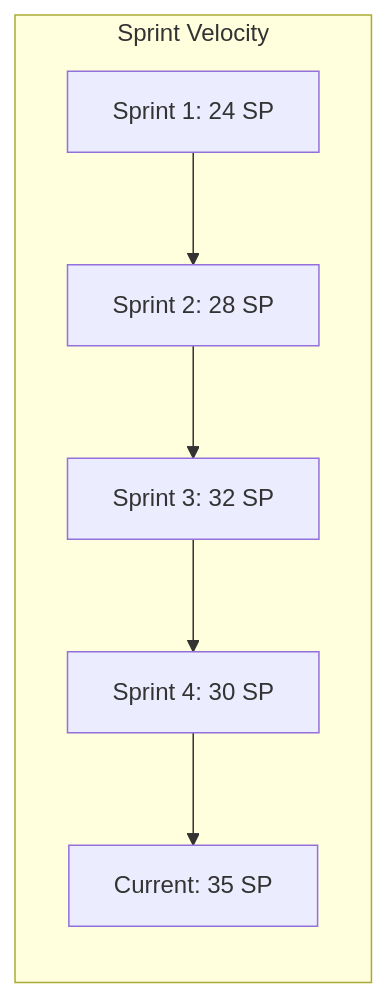
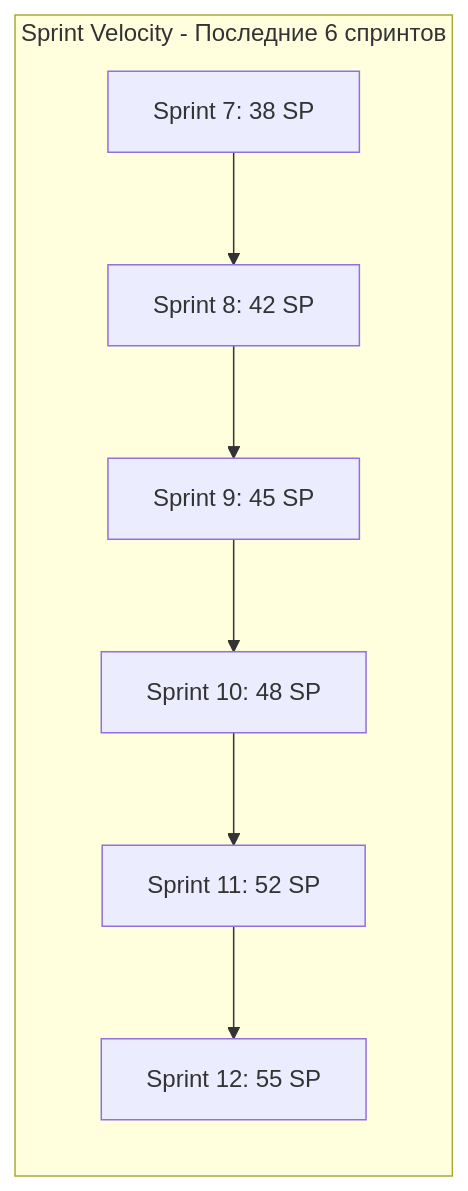
Before and after one commit to HOW2AI-AGENCY/albert3-muse-synth-studio: the first of 8 diagrams in project-management/reports/team-dashboard.md, drawn with Mermaid. The commit also changed other lines of this file, not shown here.

````diff
--- a/project-management/reports/team-dashboard.md
+++ b/project-management/reports/team-dashboard.md
@@ -14,9 +29,10 @@
 ```mermaid
 graph LR
-    subgraph "Sprint Velocity"
-        A[Sprint 1: 24 SP] --> B[Sprint 2: 28 SP]
-        B --> C[Sprint 3: 32 SP]
-        C --> D[Sprint 4: 30 SP]
-        D --> E[Current: 35 SP]
+    subgraph "Sprint Velocity - Последние 6 спринтов"
+        A[Sprint 7: 38 SP] --> B[Sprint 8: 42 SP]
+        B --> C[Sprint 9: 45 SP]
+        C --> D[Sprint 10: 48 SP]
+        D --> E[Sprint 11: 52 SP]
+        E --> F[Sprint 12: 55 SP]
     end
 ```
````
